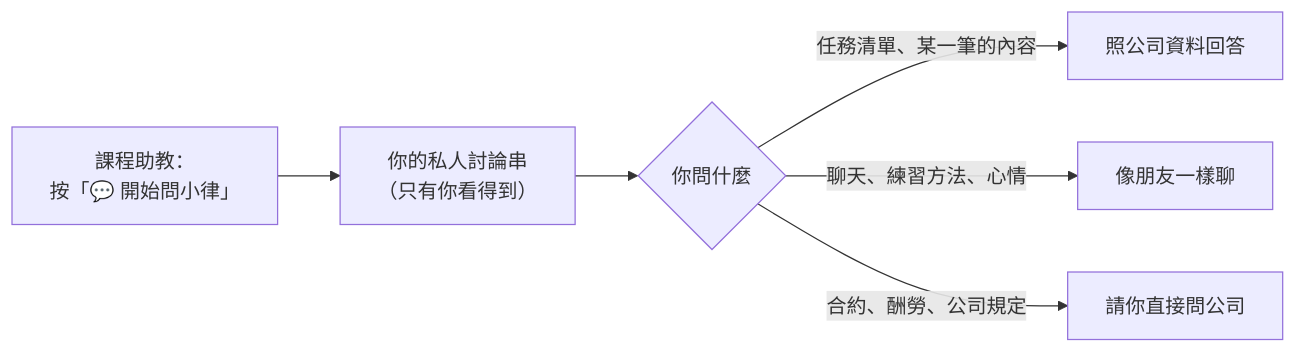
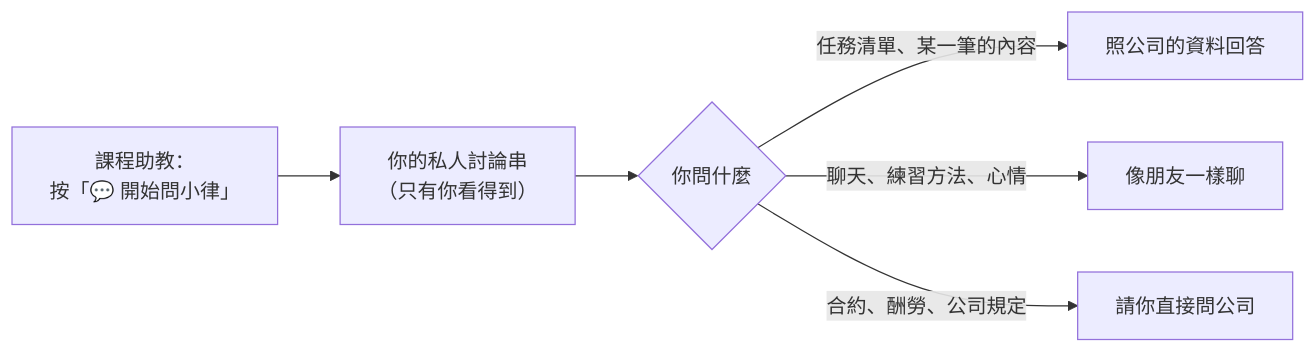
Before and after one commit to johnnysun0621/kari-kari-ai-ops: the sixth of 6 diagrams in docs/sop/ARTIST_SOP.md, drawn with Mermaid. The commit also changed other lines of this file and 85 other files, not shown here.

````diff
--- a/docs/sop/ARTIST_SOP.md
+++ b/docs/sop/ARTIST_SOP.md
@@ -399,8 +478,8 @@
 ```mermaid
 flowchart LR
   A["課程助教：<br/>按「💬 開始問小律」"] --> B["你的私人討論串<br/>（只有你看得到）"]
   B --> C{"你問什麼"}
-  C -- "任務清單、某一筆的內容" --> D["照公司資料回答"]
+  C -- "任務清單、某一筆的內容" --> D["照公司的資料回答"]
   C -- "聊天、練習方法、心情" --> E["像朋友一樣聊"]
   C -- "合約、酬勞、公司規定" --> F["請你直接問公司"]
 ```
````
